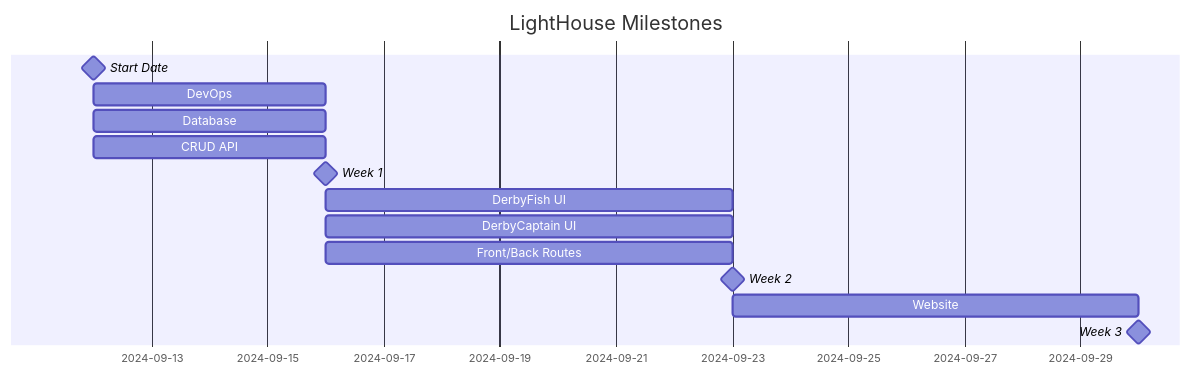
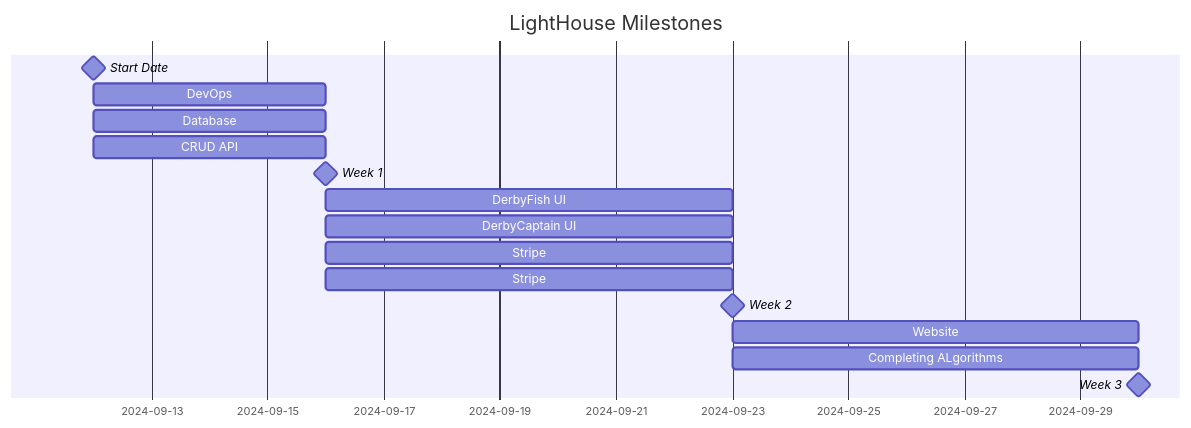
The diagram in Derby.Fish.md (AGFarms/derbyfish-docs), drawn with Mermaid before and after one commit.

````diff
--- a/Derby.Fish.md
+++ b/Derby.Fish.md
@@ -3,18 +3,20 @@
 ```mermaid
 gantt
 
     title LightHouse Milestones
     Start Date :milestone, 2024-09-12, 2024-09-12
     DevOps : 2024-09-12, 4d 
     Database : 2024-09-12, 4d 
     CRUD API : 2024-09-12, 4d
     Week 1 :milestone, 2024-09-16, 2024-09-16
     
     DerbyFish UI : 2024-09-16, 7d 
     DerbyCaptain UI : 2024-09-16, 7d 
-    Front/Back Routes : 2024-09-16, 7d
+    Stripe : 2024-09-16, 7d
+    Stripe : 2024-09-16, 7d
     Week 2 :milestone, 2024-09-23, 2024-09-23
     Website : 2024-09-23, 7d 
+    Completing ALgorithms : 2024-09-23, 7d 
     Week 3 :milestone, 2024-09-30, 2024-09-30
 
 ```
````
